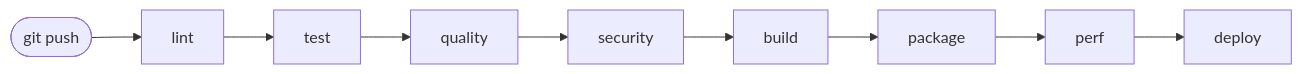
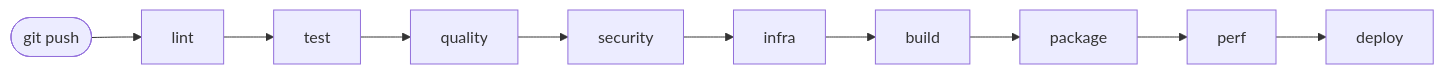
Before and after one commit to TedPasquiet/G-rez-le-cycle-de-vie-de-d-veloppement-logiciel: the fourth of 8 diagrams in ARCHITECTURE.md, drawn with Mermaid. The commit also changed other lines of this file and 26 other files, not shown here.

````diff
--- a/ARCHITECTURE.md
+++ b/ARCHITECTURE.md
@@ -133,4 +141,4 @@
 ```mermaid
 flowchart LR
-    commit([git push]) --> lint --> test --> quality --> security --> build --> package --> perf --> deploy
+    commit([git push]) --> lint --> test --> quality --> security --> infra --> build --> package --> perf --> deploy
 ```
````
